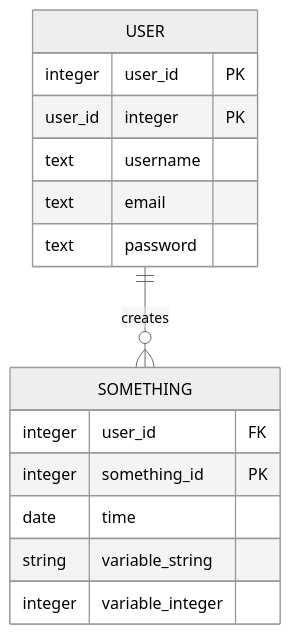
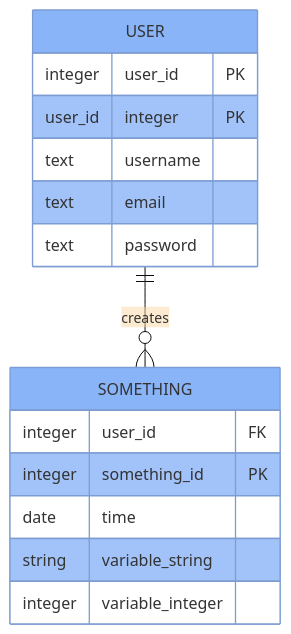
One commit to mathbike/mathbike.github.io changed the diagram in _posts/2022-11-15-flask.md. Above: the diagram before and after it, drawn with Mermaid. The commit also changed other lines of this file, not shown here.

````diff
--- a/_posts/2022-11-15-flask.md
+++ b/_posts/2022-11-15-flask.md
@@ -70,19 +73,19 @@
 ```mermaid
-%%{init: { "theme": "neutral" } }%%
+%%{init: {'theme': 'base', 'themeVariables': { 'primaryColor': '#8ab4f8'}}}%%
 erDiagram
     USER ||--o{ SOMETHING : creates
     USER {
         integer user_id PK
         user_id integer PK
         text username
         text email
         text password
     }
     SOMETHING {
         integer user_id FK
         integer something_id PK
         date time
         string variable_string
         integer variable_integer
     }
 ```
````
